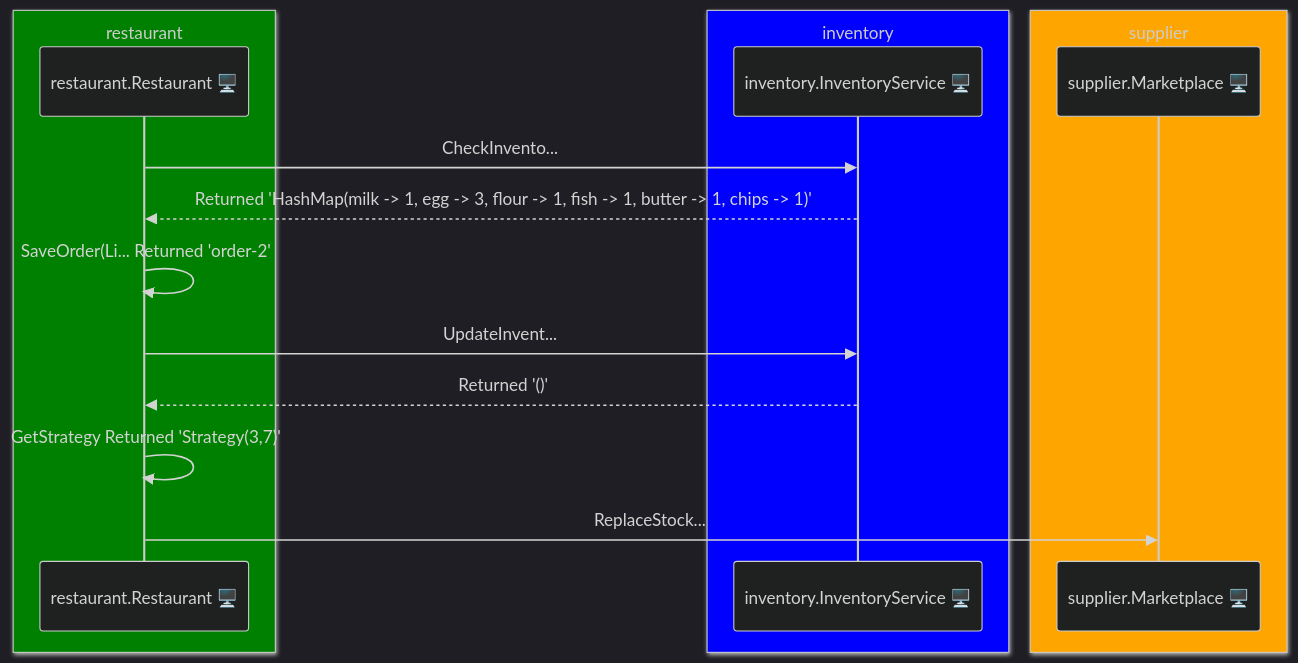
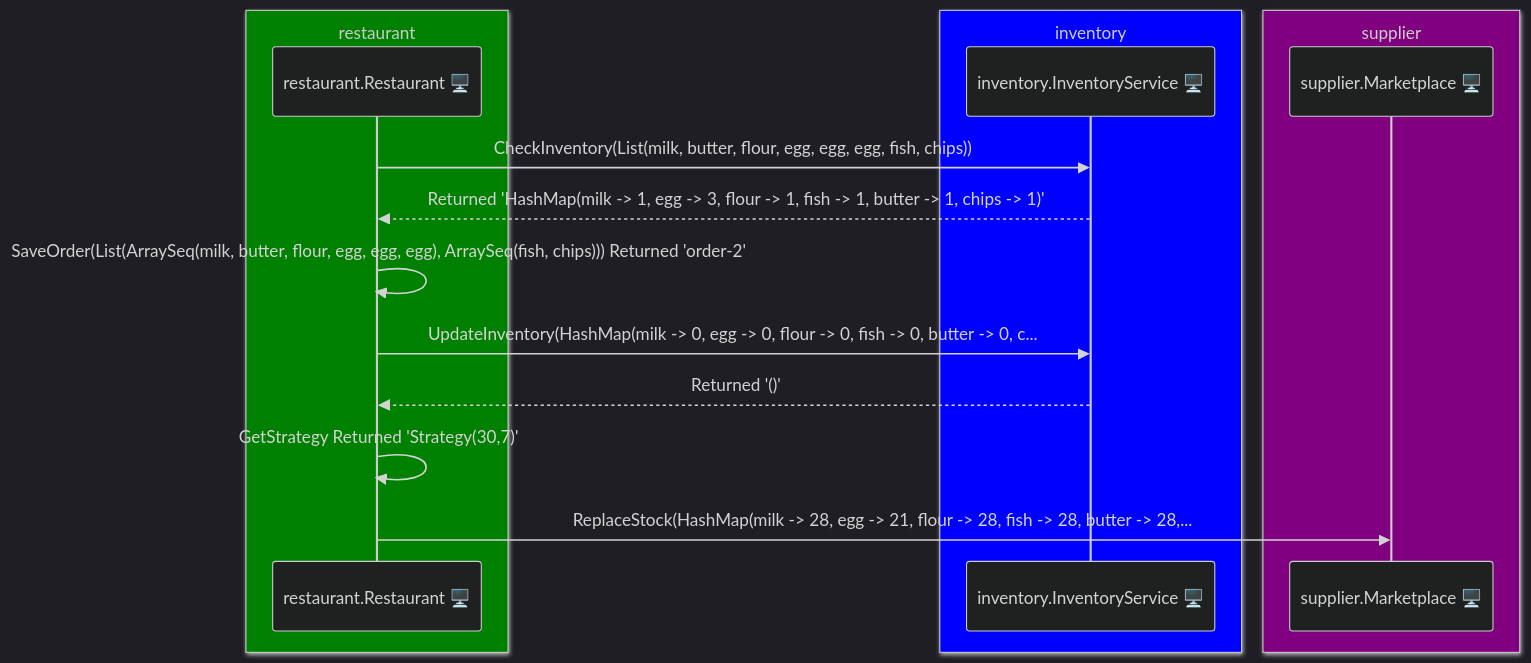
One commit to aaronp/counterparty changed the first of 3 diagrams in docs/scenarios.md. Above: the diagram before and after it, drawn with Mermaid. The commit also changed other lines of this file and 7 other files, not shown here.

First line of the commit message:
End to end flow added to showcase integration

````diff
--- a/docs/scenarios.md
+++ b/docs/scenarios.md
@@ -19,21 +19,21 @@
 ```mermaid
 %%{init: {"theme": "dark", 
 "themeVariables": {"primaryTextColor": "grey", "secondaryTextColor": "black", "fontFamily": "Arial", "fontSize": 14, "primaryColor": "#3498db"}}}%%
 sequenceDiagram
 	box green restaurant
 	participant restaurant.Restaurant 🖥️
 	end
 	box blue inventory
 	participant inventory.InventoryService 🖥️
 	end
-	box orange supplier
+	box purple supplier
 	participant supplier.Marketplace 🖥️
 	end
-	restaurant.Restaurant 🖥️ ->> inventory.InventoryService 🖥️ : CheckInvento...
+	restaurant.Restaurant 🖥️ ->> inventory.InventoryService 🖥️ : CheckInventory(List(milk, butter, flour, egg, egg, egg, fish, chips))
 	inventory.InventoryService 🖥️ -->> restaurant.Restaurant 🖥️ : Returned 'HashMap(milk -> 1, egg -> 3, flour -> 1, fish -> 1, butter -> 1, chips -> 1)'
-	restaurant.Restaurant 🖥️ ->> restaurant.Restaurant 🖥️ : SaveOrder(Li... Returned 'order-2'
-	restaurant.Restaurant 🖥️ ->> inventory.InventoryService 🖥️ : UpdateInvent...
+	restaurant.Restaurant 🖥️ ->> restaurant.Restaurant 🖥️ : SaveOrder(List(ArraySeq(milk, butter, flour, egg, egg, egg), ArraySeq(fish, chips))) Returned 'order-2'
+	restaurant.Restaurant 🖥️ ->> inventory.InventoryService 🖥️ : UpdateInventory(HashMap(milk -> 0, egg -> 0, flour -> 0, fish -> 0, butter -> 0, c...
 	inventory.InventoryService 🖥️ -->> restaurant.Restaurant 🖥️ : Returned '()'
-	restaurant.Restaurant 🖥️ ->> restaurant.Restaurant 🖥️ : GetStrategy Returned 'Strategy(3,7)'
-	restaurant.Restaurant 🖥️ ->> supplier.Marketplace 🖥️ : ReplaceStock...
+	restaurant.Restaurant 🖥️ ->> restaurant.Restaurant 🖥️ : GetStrategy Returned 'Strategy(30,7)'
+	restaurant.Restaurant 🖥️ ->> supplier.Marketplace 🖥️ : ReplaceStock(HashMap(milk -> 28, egg -> 21, flour -> 28, fish -> 28, butter -> 28,...
 ```
````
